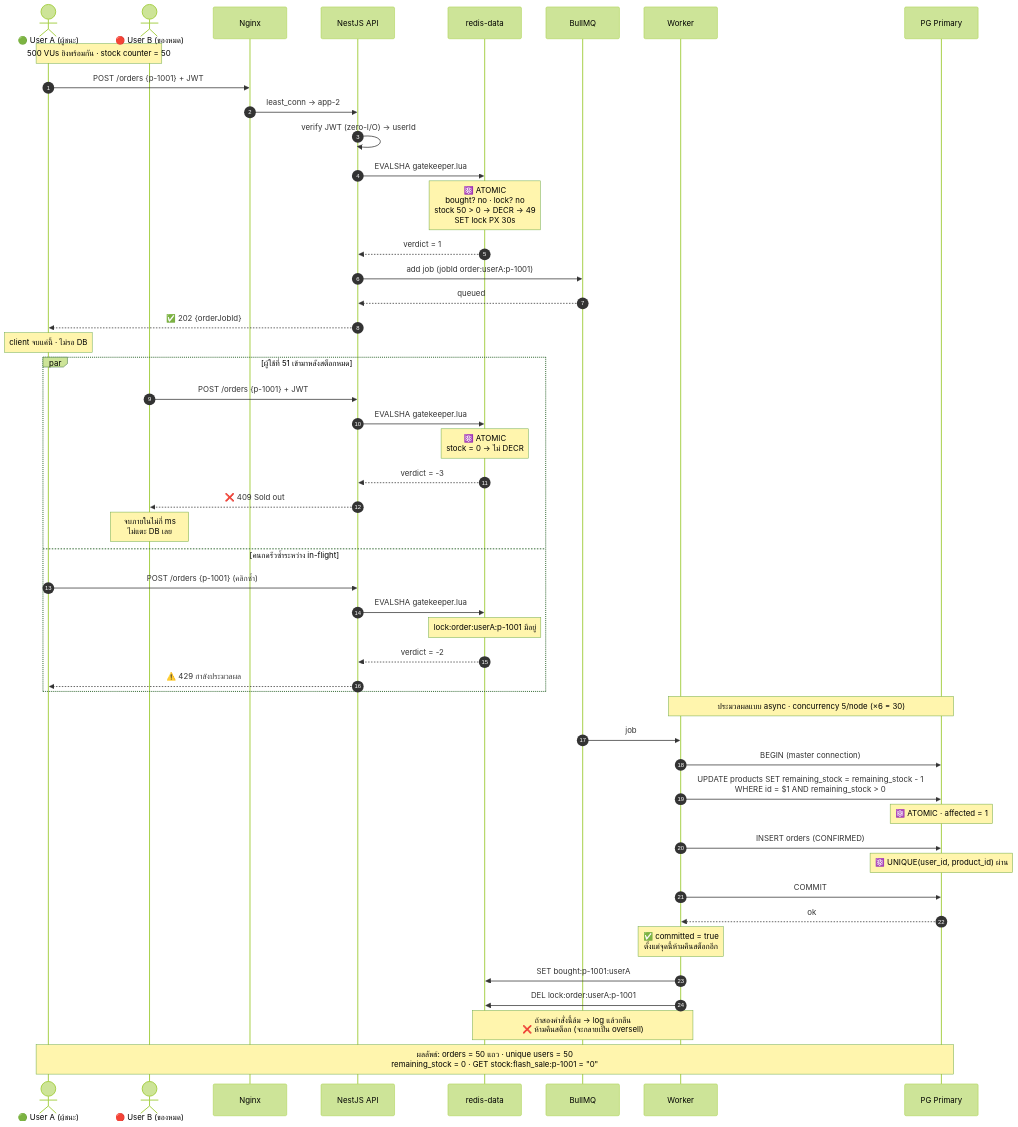
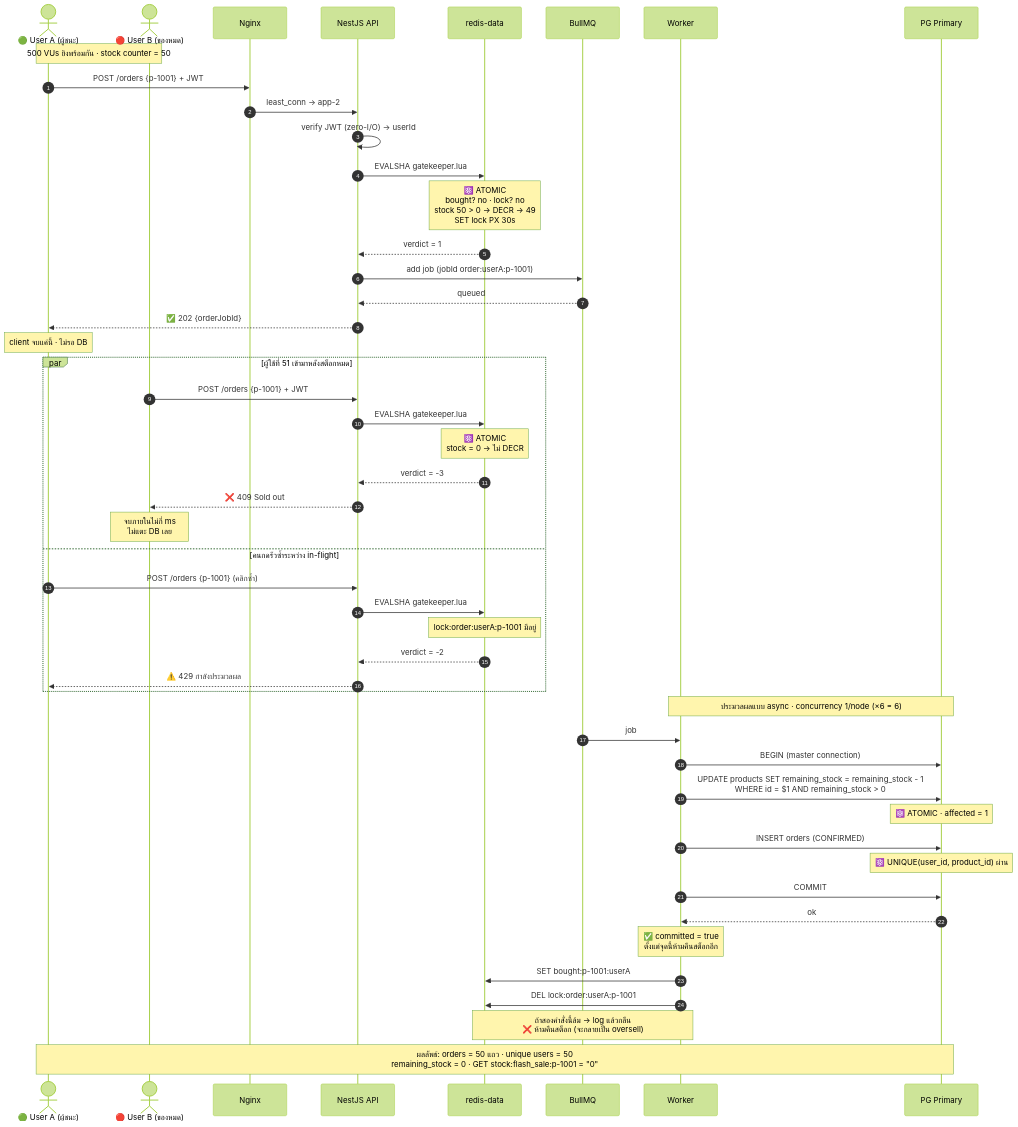
Before and after one commit to tophbeifong123/mini-project-backend-mobile: the sixth of 8 diagrams in docs/Architecture/diagrams.md, drawn with Mermaid (forest theme). The commit also changed 7 other files, not shown here.

First line of the commit message:
docs: sync architecture docs to the deployed config

````diff
--- a/docs/Architecture/diagrams.md
+++ b/docs/Architecture/diagrams.md
@@ -487,60 +487,60 @@
 ```mermaid
 sequenceDiagram
     autonumber
     actor UA as 🟢 User A (ผู้ชนะ)
     actor UB as 🔴 User B (ของหมด)
     participant NG as Nginx
     participant API as NestJS API
     participant RD as redis-data
     participant Q as BullMQ
     participant W as Worker
     participant PG as PG Primary
 
     Note over UA,UB: 500 VUs ยิงพร้อมกัน · stock counter = 50
 
     UA->>NG: POST /orders {p-1001} + JWT
     NG->>API: least_conn → app-2
     API->>API: verify JWT (zero-I/O) → userId
     API->>RD: EVALSHA gatekeeper.lua
     Note over RD: ⚛️ ATOMIC<br/>bought? no · lock? no<br/>stock 50 > 0 → DECR → 49<br/>SET lock PX 30s
     RD-->>API: verdict = 1
     API->>Q: add job (jobId order:userA:p-1001)
     Q-->>API: queued
     API-->>UA: ✅ 202 {orderJobId}
 
     Note over UA: client จบแค่นี้ · ไม่รอ DB
 
     par ผู้ใช้ที่ 51 เข้ามาหลังสต็อกหมด
         UB->>API: POST /orders {p-1001} + JWT
         API->>RD: EVALSHA gatekeeper.lua
         Note over RD: ⚛️ ATOMIC<br/>stock = 0 → ไม่ DECR
         RD-->>API: verdict = -3
         API-->>UB: ❌ 409 Sold out
         Note over UB: จบภายในไม่กี่ ms<br/>ไม่แตะ DB เลย
     and คนกดรัวซ้ำระหว่าง in-flight
         UA->>API: POST /orders {p-1001} (คลิกซ้ำ)
         API->>RD: EVALSHA gatekeeper.lua
         Note over RD: lock:order:userA:p-1001 มีอยู่
         RD-->>API: verdict = -2
         API-->>UA: ⚠️ 429 กำลังประมวลผล
     end
 
-    Note over W,PG: ประมวลผลแบบ async · concurrency 5/node (×6 = 30)
+    Note over W,PG: ประมวลผลแบบ async · concurrency 1/node (×6 = 6)
 
     Q->>W: job
     W->>PG: BEGIN (master connection)
     W->>PG: UPDATE products SET remaining_stock = remaining_stock - 1<br/>WHERE id = $1 AND remaining_stock > 0
     Note over PG: ⚛️ ATOMIC · affected = 1
     W->>PG: INSERT orders (CONFIRMED)
     Note over PG: ⚛️ UNIQUE(user_id, product_id) ผ่าน
     W->>PG: COMMIT
     PG-->>W: ok
 
     Note over W: ✅ committed = true<br/>ตั้งแต่จุดนี้ห้ามคืนสต็อกอีก
 
     W->>RD: SET bought:p-1001:userA
     W->>RD: DEL lock:order:userA:p-1001
     Note over W,RD: ถ้าสองคำสั่งนี้ล้ม → log แล้วกลืน<br/>❌ ห้ามคืนสต็อก (จะกลายเป็น oversell)
 
     Note over UA,PG: ผลลัพธ์: orders = 50 แถว · unique users = 50<br/>remaining_stock = 0 · GET stock:flash_sale:p-1001 = "0"
 ```
````
